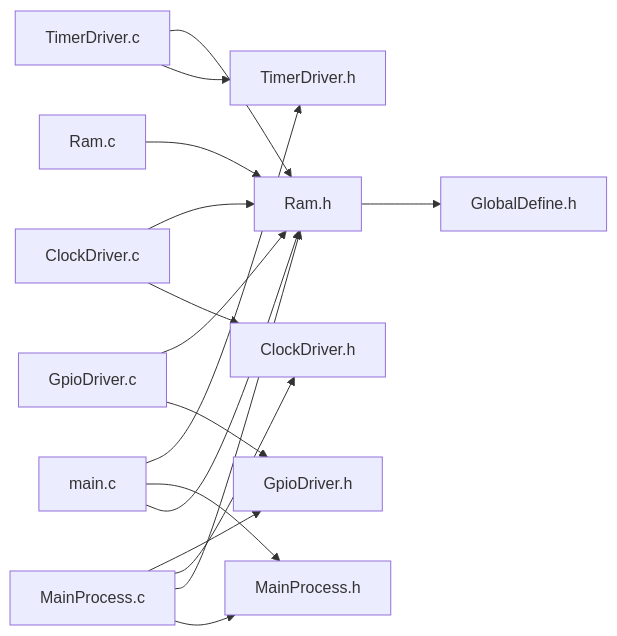
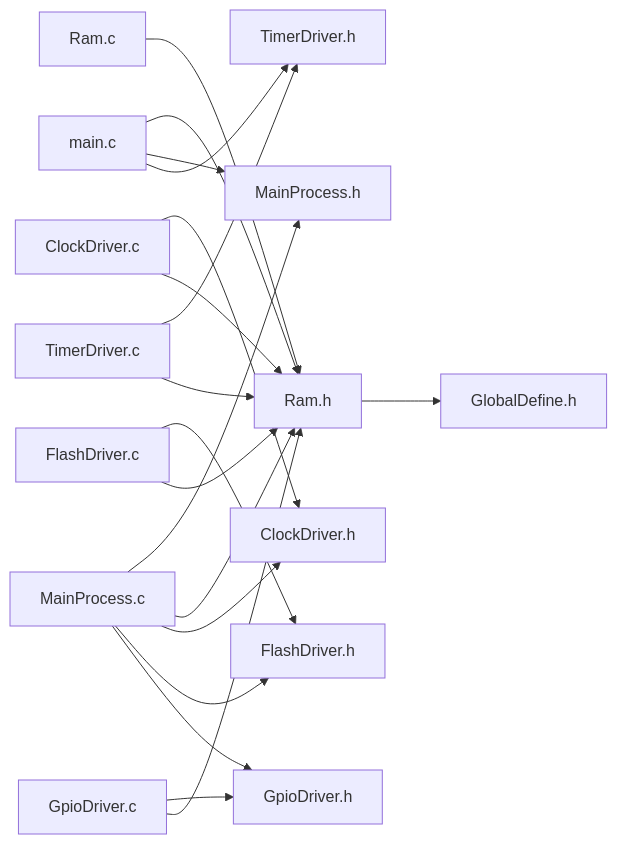
One commit to rodgutzal/Airsoft-MultipurposeGameModeTool changed the second of 6 diagrams in Sw/README.md. Above: the diagram before and after it, drawn with Mermaid. The commit also changed other lines of this file and 9 other files, not shown here.

Commit message:
Agregar FlashDriver (NVS), tabla de particiones propia y ISR del timer segura en IRAM

````diff
--- a/Sw/README.md
+++ b/Sw/README.md
@@ -73,18 +78,21 @@
 ```mermaid
 flowchart LR
   main_c["main.c"] --> Ram_h["Ram.h"]
   main_c --> MainProcess_h["MainProcess.h"]
   main_c --> TimerDriver_h["TimerDriver.h"]
   Ram_h --> GlobalDefine_h["GlobalDefine.h"]
   Ram_c["Ram.c"] --> Ram_h
   MainProcess_c["MainProcess.c"] --> MainProcess_h
   MainProcess_c --> Ram_h
   MainProcess_c --> ClockDriver_h["ClockDriver.h"]
   ClockDriver_c["ClockDriver.c"] --> ClockDriver_h
   ClockDriver_c --> Ram_h
+  MainProcess_c --> FlashDriver_h["FlashDriver.h"]
+  FlashDriver_c["FlashDriver.c"] --> FlashDriver_h
+  FlashDriver_c --> Ram_h
   MainProcess_c --> GpioDriver_h["GpioDriver.h"]
   GpioDriver_c["GpioDriver.c"] --> GpioDriver_h
   GpioDriver_c --> Ram_h
   TimerDriver_c["TimerDriver.c"] --> TimerDriver_h
   TimerDriver_c --> Ram_h
 ```
````
